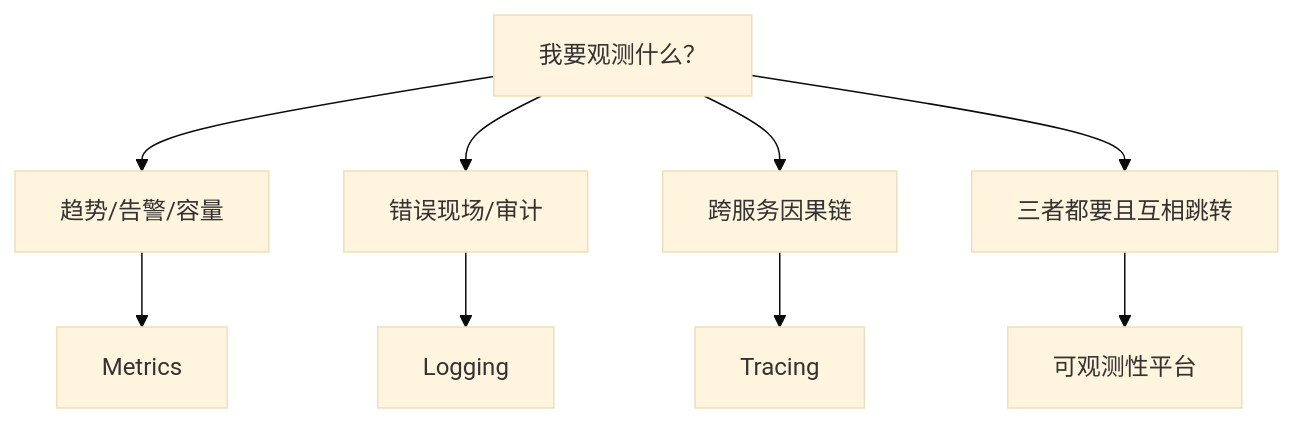
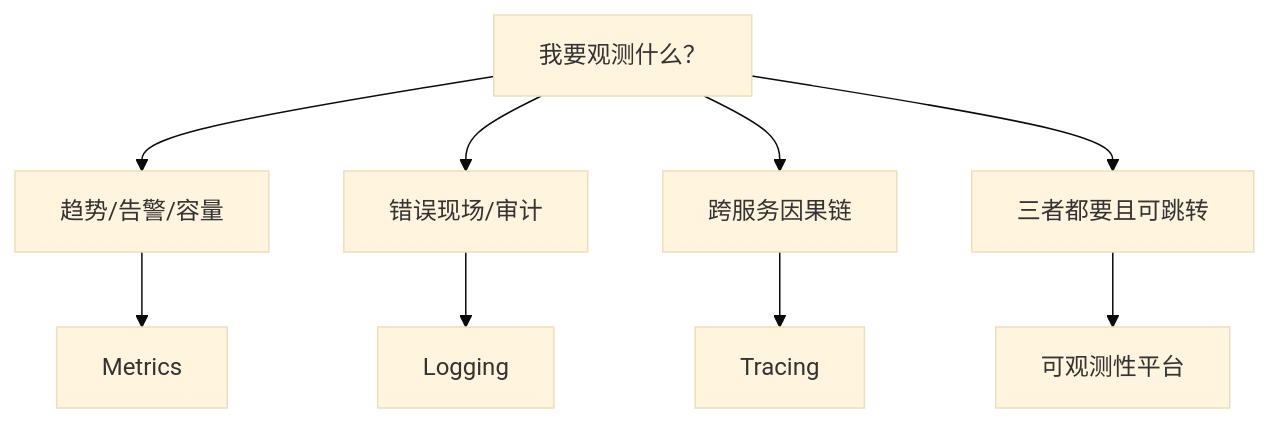
One commit to ml-cuizijun/LearnToLilith changed the fourth of 5 diagrams in 09-可观测性与SRE方法论/01-可观测性三件套与选型/知识点.md. Above: the diagram before and after it, drawn with Mermaid (base theme). The commit also changed other lines of this file and 178 other files, not shown here.

````diff
--- a/09-可观测性与SRE方法论/01-可观测性三件套与选型/知识点.md
+++ b/09-可观测性与SRE方法论/01-可观测性三件套与选型/知识点.md
@@ -327,7 +303,7 @@
 ```mermaid
 flowchart TD
     Q["我要观测什么？"] --> A["趋势/告警/容量"] --> M[Metrics]
     Q --> B["错误现场/审计"] --> L[Logging]
     Q --> C["跨服务因果链"] --> T[Tracing]
-    Q --> D["三者都要且互相跳转"] --> O[可观测性平台]
+    Q --> D["三者都要且可跳转"] --> O[可观测性平台]
 ```
````
